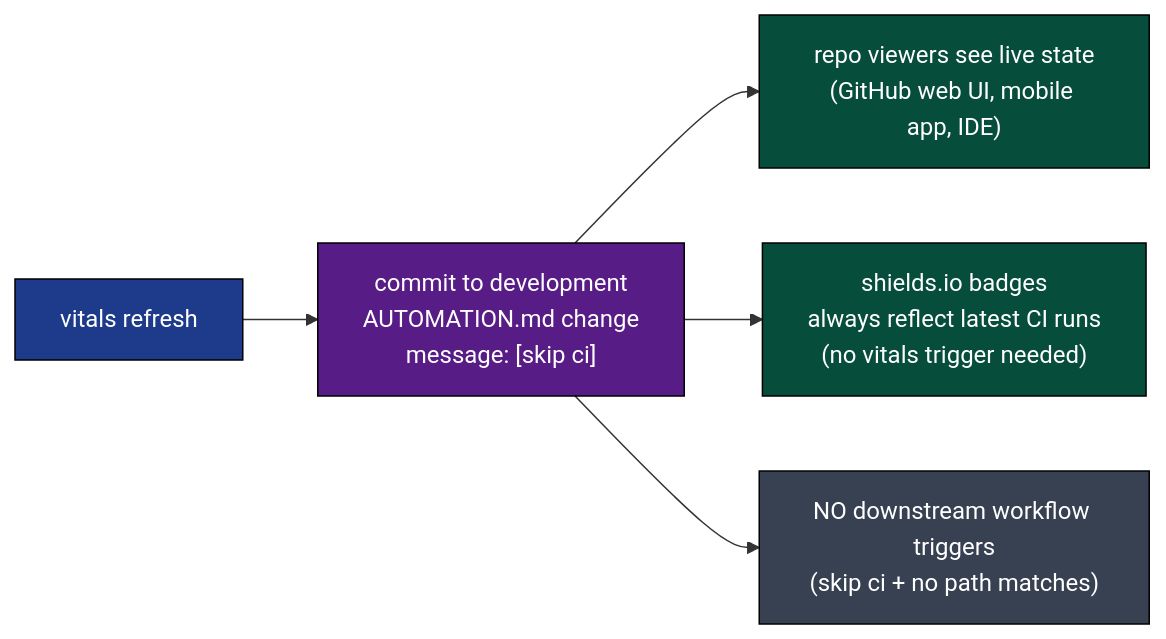
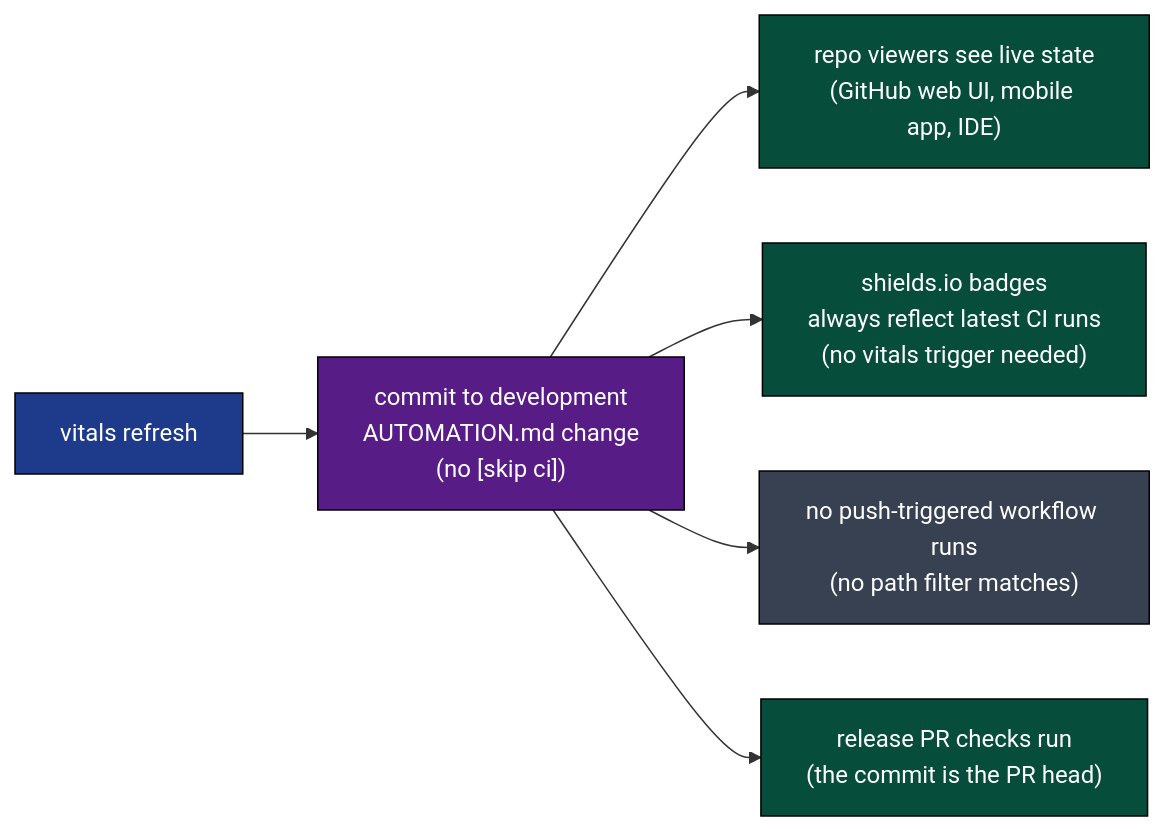
One commit to llm-exe/llm-exe changed diagram 11 of 14 in .github/docs/VITALS_DEEP_DIVE.md. Above: the diagram before and after it, drawn with Mermaid. The commit also changed other lines of this file and 1 other file, not shown here.

First line of the commit message:
ci(vitals): stop vitals commits from skipping the release PR's checks

````diff
--- a/.github/docs/VITALS_DEEP_DIVE.md
+++ b/.github/docs/VITALS_DEEP_DIVE.md
@@ -342,15 +341,16 @@
 ```mermaid
 flowchart LR
     classDef src fill:#1e3a8a,color:#fff,stroke:#000
     classDef out fill:#581c87,color:#fff,stroke:#000
     classDef cons fill:#064e3b,color:#fff,stroke:#000
     classDef noop fill:#374151,color:#fff,stroke:#000
 
     V["vitals refresh"]:::src
-    V --> A["commit to development<br/>AUTOMATION.md change<br/>message: [skip ci]"]:::out
+    V --> A["commit to development<br/>AUTOMATION.md change<br/>(no [skip ci])"]:::out
 
     A --> C1["repo viewers see live state<br/>(GitHub web UI, mobile app, IDE)"]:::cons
     A --> C2["shields.io badges<br/>always reflect latest CI runs<br/>(no vitals trigger needed)"]:::cons
 
-    A --> N1["NO downstream workflow triggers<br/>(skip ci + no path matches)"]:::noop
+    A --> N1["no push-triggered workflow runs<br/>(no path filter matches)"]:::noop
+    A --> C3["release PR checks run<br/>(the commit is the PR head)"]:::cons
 ```
````
